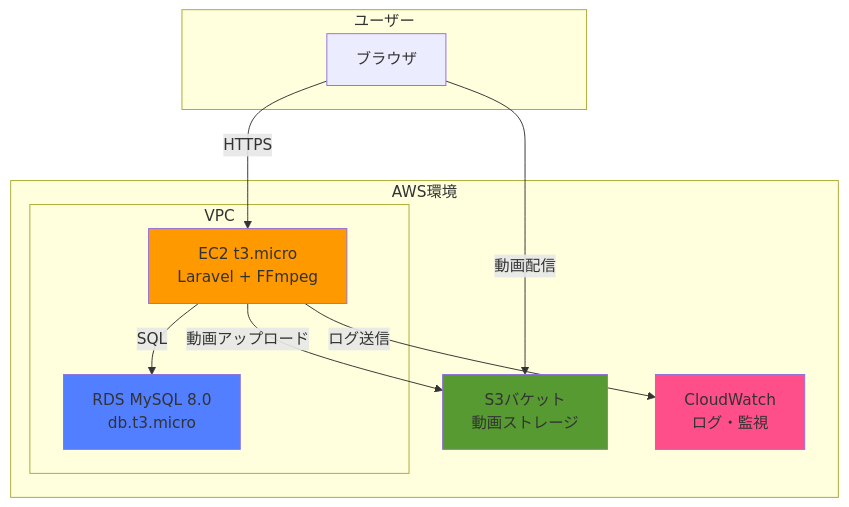
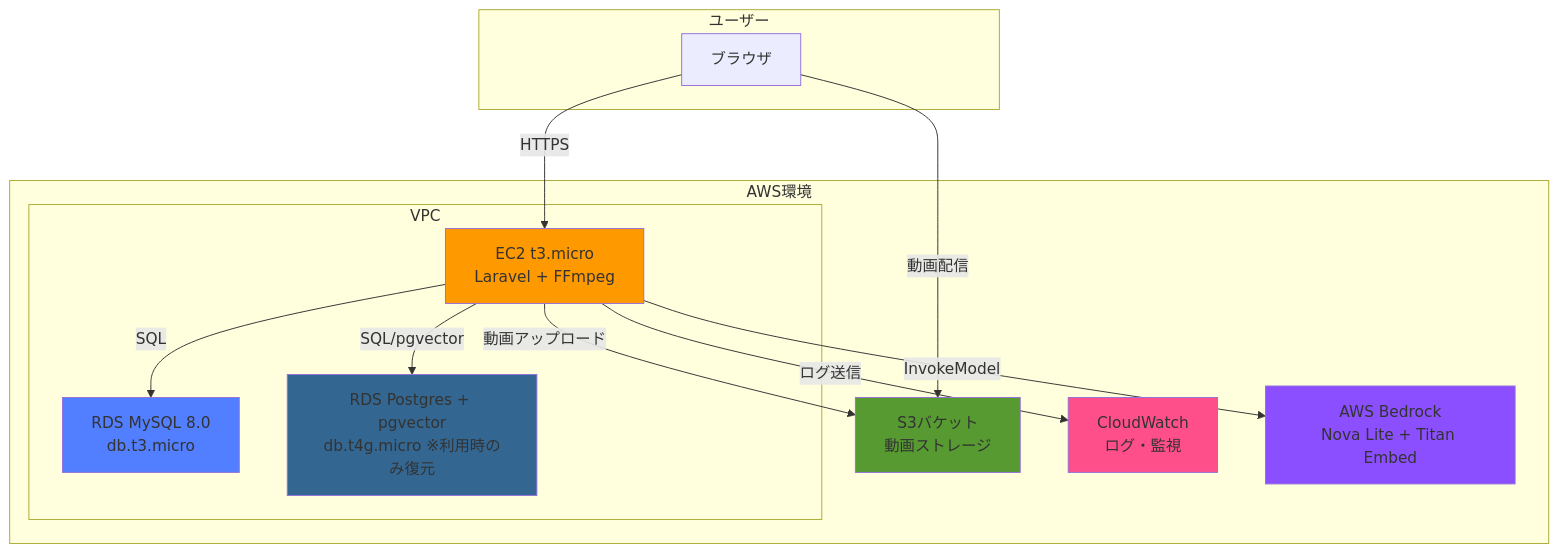
The first of 3 diagrams in docs/design-docs/02_architecture.md (tetsu2026/movie-profile), drawn with Mermaid before and after one commit. The commit also changed other lines of this file and 10 other files, not shown here.

````diff
--- a/docs/design-docs/02_architecture.md
+++ b/docs/design-docs/02_architecture.md
@@ -18,27 +19,33 @@
 ```mermaid
 graph TB
     subgraph "ユーザー"
         Browser[ブラウザ]
     end
 
     subgraph "AWS環境"
         subgraph "VPC"
             EC2[EC2 t3.micro<br/>Laravel + FFmpeg]
             RDS[RDS MySQL 8.0<br/>db.t3.micro]
+            RDSPG[RDS Postgres + pgvector<br/>db.t4g.micro ※利用時のみ復元]
         end
 
         S3[S3バケット<br/>動画ストレージ]
         CloudWatch[CloudWatch<br/>ログ・監視]
+        Bedrock[AWS Bedrock<br/>Nova Lite + Titan Embed]
     end
 
     Browser -->|HTTPS| EC2
     EC2 -->|動画アップロード| S3
     Browser -->|動画配信| S3
     EC2 -->|SQL| RDS
+    EC2 -->|SQL/pgvector| RDSPG
+    EC2 -->|InvokeModel| Bedrock
     EC2 -->|ログ送信| CloudWatch
 
     style EC2 fill:#FF9900
     style RDS fill:#527FFF
+    style RDSPG fill:#336791
     style S3 fill:#569A31
     style CloudWatch fill:#FF4F8B
+    style Bedrock fill:#8C4FFF
 ```
````
